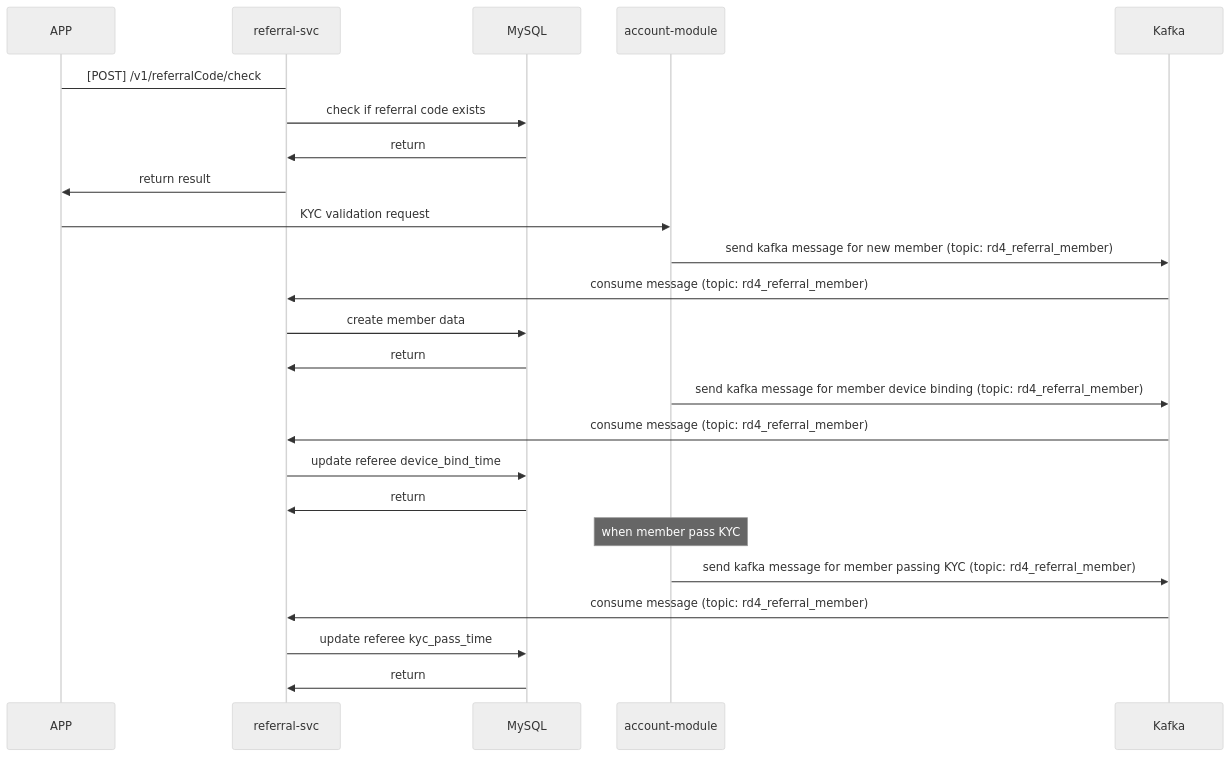
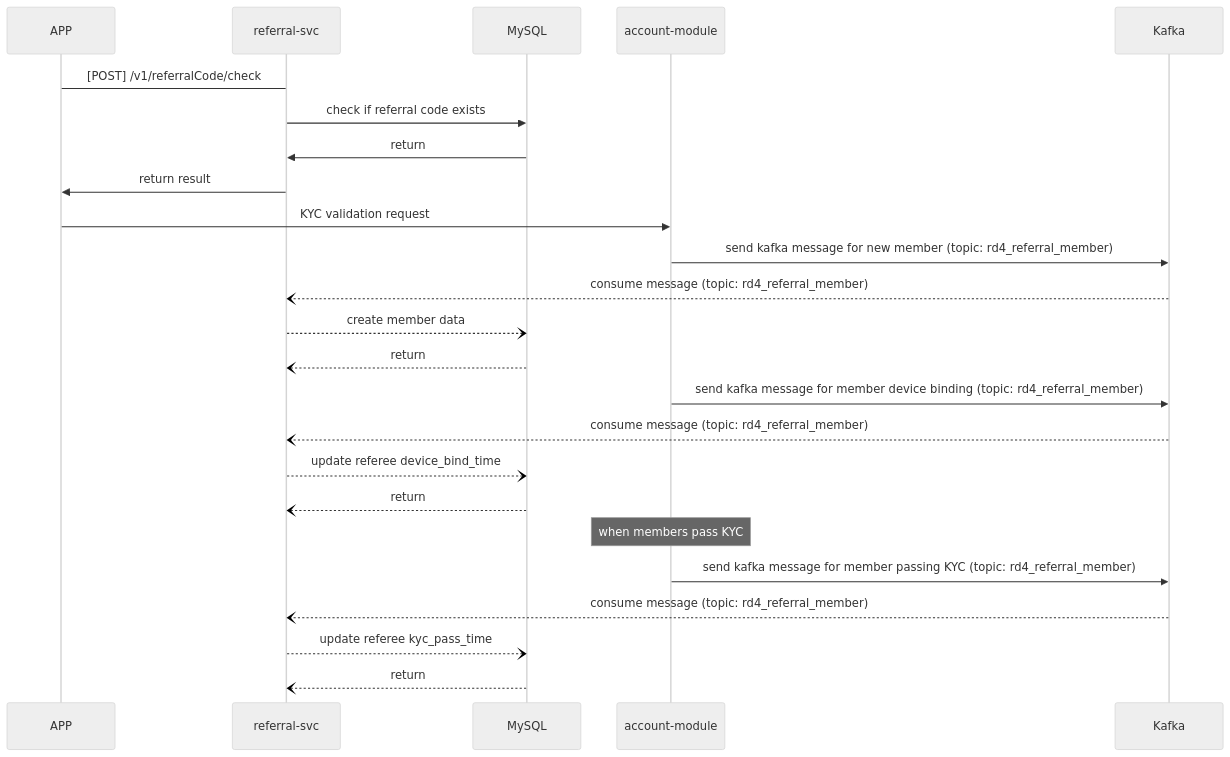
One commit to randallchang/referral_code changed the first of 5 diagrams in Referral Code (好友推薦碼) Design Review.md. Above: the diagram before and after it, drawn with Mermaid (neutral theme). The commit also changed other lines of this file and 2 other files, not shown here.

Commit message:
feat: rename member

````diff
--- a/Referral Code (好友推薦碼) Design Review.md
+++ b/Referral Code (好友推薦碼) Design Review.md
@@ -19,23 +19,23 @@
 ```mermaid
 sequenceDiagram
 
 APP->referral-svc: [POST] /v1/referralCode/check
 referral-svc->>MySQL : check if referral code exists
 MySQL->>referral-svc : return
 referral-svc->>APP : return result
 APP->>account-module: KYC validation request
 account-module->>Kafka : send kafka message for new member (topic: rd4_referral_member)
-Kafka->>referral-svc : consume message (topic: rd4_referral_member)
-referral-svc->>MySQL : create member data
-MySQL->>referral-svc : return
+Kafka--)referral-svc : consume message (topic: rd4_referral_member)
+referral-svc--)MySQL : create member data
+MySQL--)referral-svc : return
 account-module->>Kafka : send kafka message for member device binding (topic: rd4_referral_member)
-Kafka->>referral-svc : consume message (topic: rd4_referral_member)
-referral-svc->>MySQL : update referee device_bind_time
-MySQL->>referral-svc : return
-Note over account-module: when member pass KYC
+Kafka--)referral-svc : consume message (topic: rd4_referral_member)
+referral-svc--)MySQL : update referee device_bind_time
+MySQL--)referral-svc : return
+Note over account-module: when members pass KYC
 account-module->>Kafka : send kafka message for member passing KYC (topic: rd4_referral_member)
-Kafka->>referral-svc : consume message (topic: rd4_referral_member)
-referral-svc->>MySQL : update referee kyc_pass_time
-MySQL->>referral-svc : return
+Kafka--)referral-svc : consume message (topic: rd4_referral_member)
+referral-svc--)MySQL : update referee kyc_pass_time
+MySQL--)referral-svc : return
 
 ```
````
